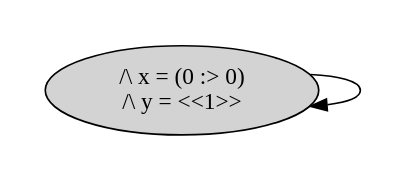
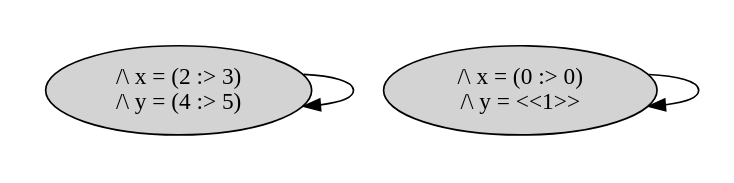
Before and after one commit to will62794/tla-web: the diagram in specs/with_state_graphs/simple_tlc_fn.tla.dot, drawn with Graphviz. The commit also changed 2 other files, not shown here.

```diff
--- a/specs/with_state_graphs/simple_tlc_fn.tla.dot
+++ b/specs/with_state_graphs/simple_tlc_fn.tla.dot
@@ -1,9 +1,11 @@
 strict digraph DiskGraph {
 nodesep=0.35;
 subgraph cluster_graph {
 color="white";
 3784019113142624395 [label="/\\ x = (0 :> 0)\n/\\ y = <<1>>",style = filled]
+2853227016633077042 [label="/\\ x = (2 :> 3)\n/\\ y = (4 :> 5)",style = filled]
 3784019113142624395 -> 3784019113142624395 [label="",color="black",fontcolor="black"];
-{rank = same; 3784019113142624395;}
+2853227016633077042 -> 2853227016633077042 [label="",color="black",fontcolor="black"];
+{rank = same; 2853227016633077042;3784019113142624395;}
 }
 }
```
